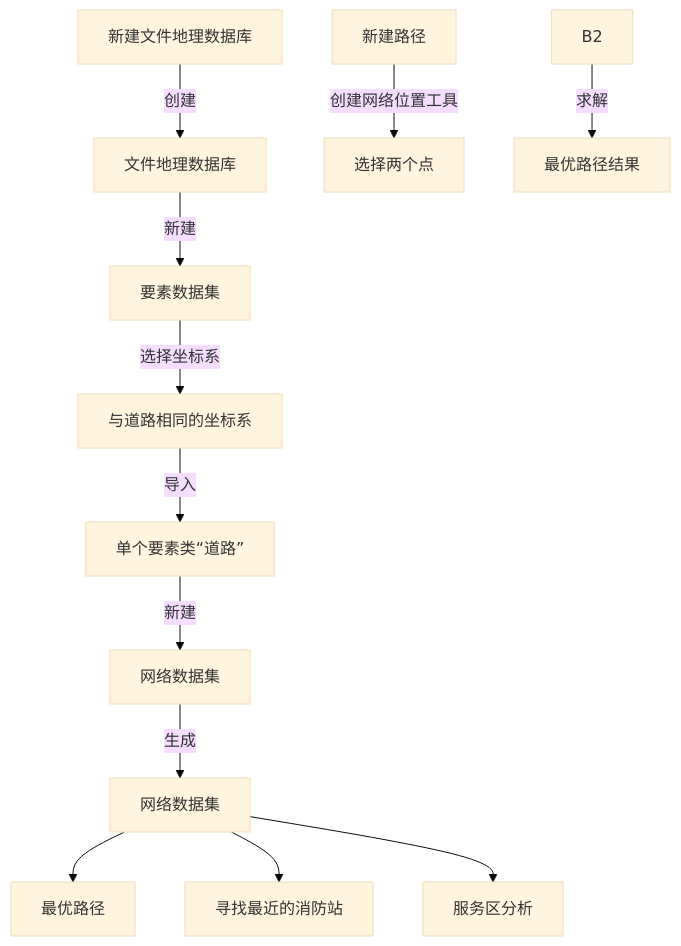
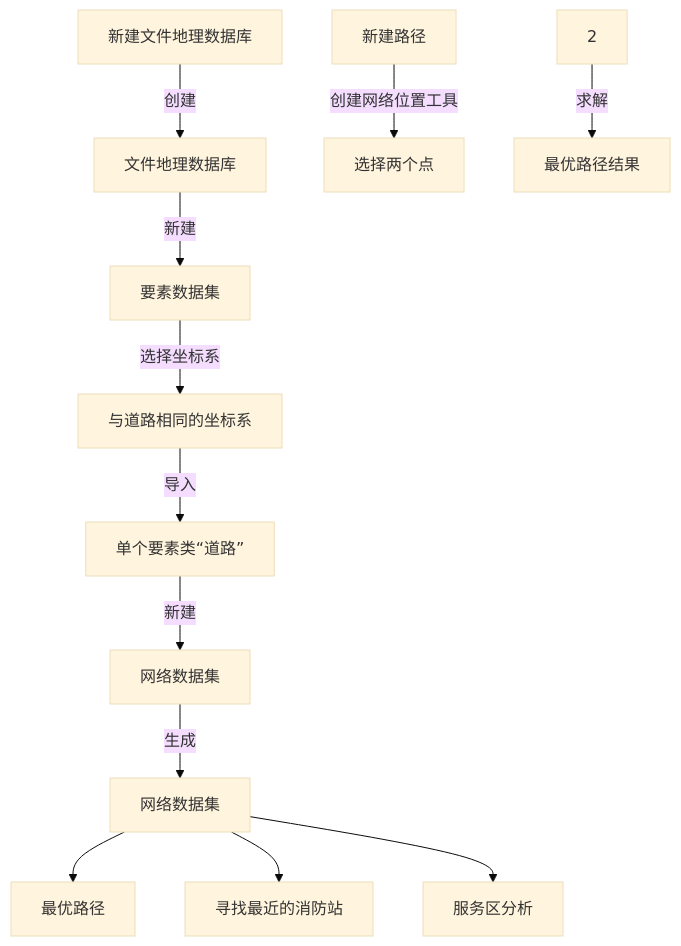
Before and after one commit to newguser/iodraw-files: the diagram in all/未命名.md, drawn with Mermaid (base theme).

Commit message:
2025-02-27 21:15:45 update

````diff
--- a/all/未命名.md
+++ b/all/未命名.md
@@ -1,14 +1,14 @@
 ```mermaid
 graph TD
     A[新建文件地理数据库] -->|创建| B[文件地理数据库]
     B -->|新建| C[要素数据集]
     C -->|选择坐标系| D[与道路相同的坐标系]
     D -->|导入| E[单个要素类“道路”]
     E -->|新建| F[网络数据集]
     F -->|生成| G[网络数据集]
     G[网络数据集] -->H[最优路径]
     G[网络数据集] -->I[寻找最近的消防站]
     G[网络数据集] -->J[服务区分析]
-    h1[新建路径] -->|创建网络位置工具| H2[选择两个点]
-        B2 -->|求解| B3[最优路径结果]
+    H1[新建路径] -->|创建网络位置工具| H2[选择两个点]
+        2 -->|求解| B3[最优路径结果]
 ```
````
